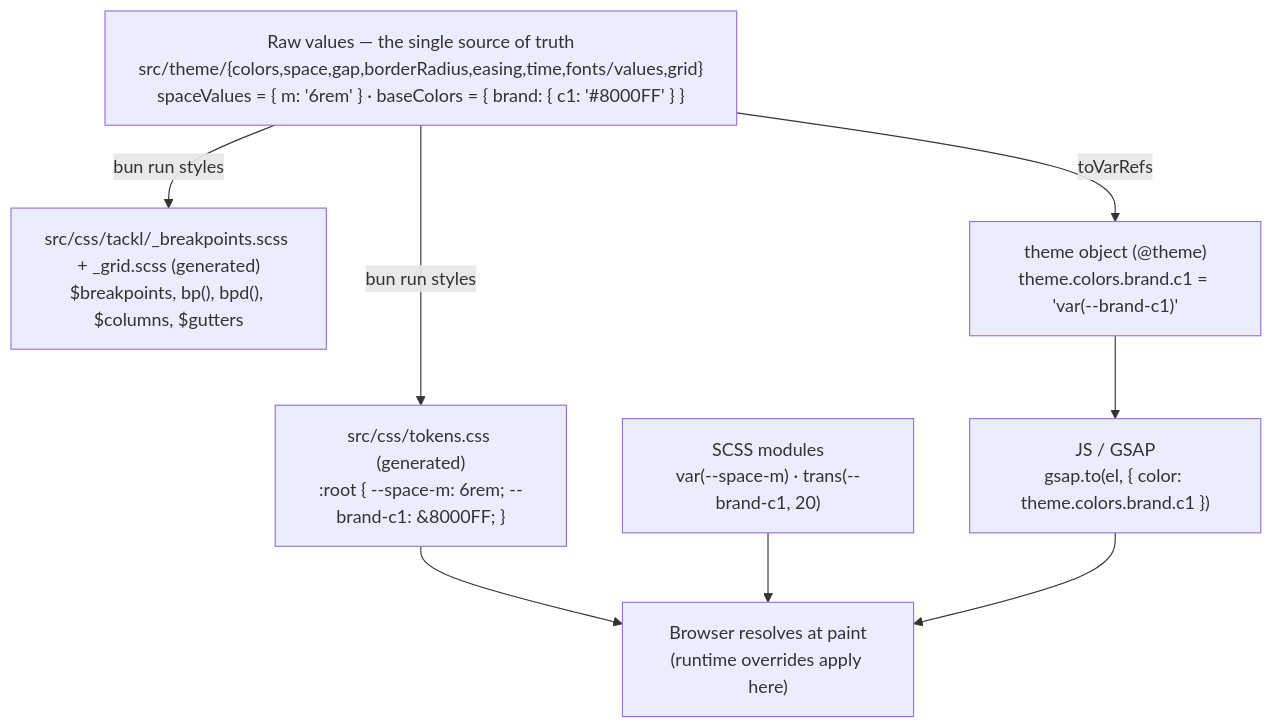
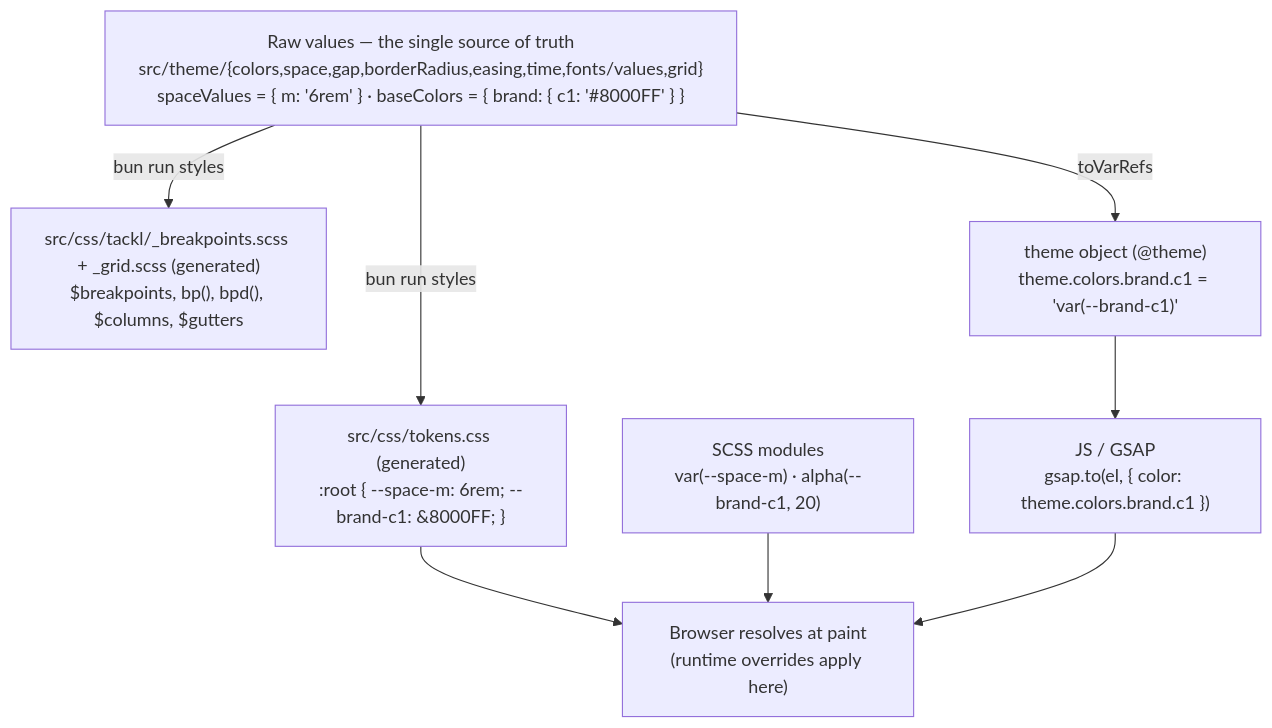
One commit to 12-Studio/Tackl changed the diagram in docs/Tackl/Theming.md. Above: the diagram before and after it, drawn with Mermaid. The commit also changed other lines of this file and 14 other files, not shown here.

First line of the commit message:
✏️ Rename the SCSS trans() helper to alpha()

````diff
--- a/docs/Tackl/Theming.md
+++ b/docs/Tackl/Theming.md
@@ -7,10 +7,10 @@
 ```mermaid
 flowchart TD
     V["Raw values — the single source of truth\nsrc/theme/{colors,space,gap,borderRadius,easing,time,fonts/values,grid}\nspaceValues = { m: '6rem' } · baseColors = { brand: { c1: '#8000FF' } }"]
     V -->|bun run styles| R["src/css/tokens.css (generated)\n:root { --space-m: 6rem; --brand-c1: #8000FF; }"]
     V -->|bun run styles| S["src/css/tackl/_breakpoints.scss + _grid.scss (generated)\n$breakpoints, bp(), bpd(), $columns, $gutters"]
     V -->|toVarRefs| T["theme object (@theme)\ntheme.colors.brand.c1 = 'var(--brand-c1)'"]
     R --> B["Browser resolves at paint\n(runtime overrides apply here)"]
-    M["SCSS modules\nvar(--space-m) · trans(--brand-c1, 20)"] --> B
+    M["SCSS modules\nvar(--space-m) · alpha(--brand-c1, 20)"] --> B
     T --> J["JS / GSAP\ngsap.to(el, { color: theme.colors.brand.c1 })"] --> B
 ```
````
